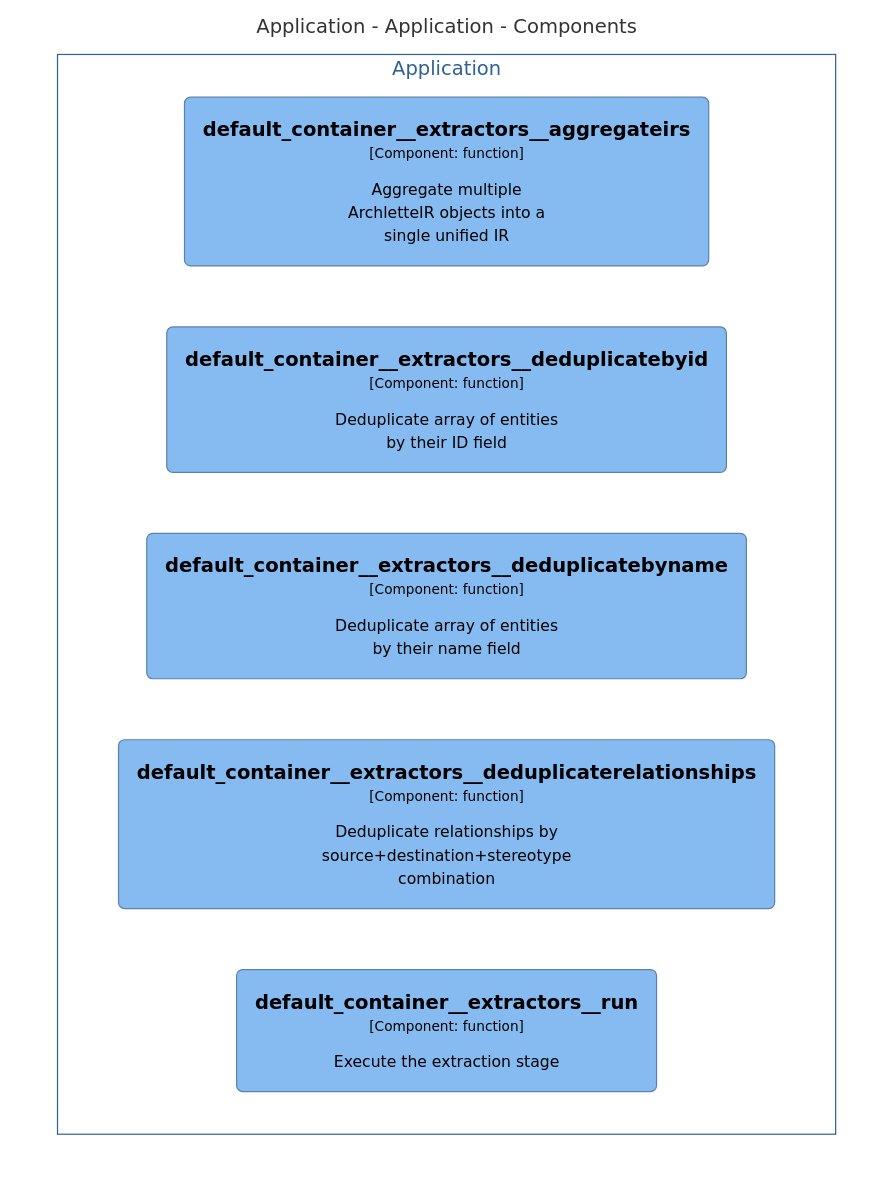
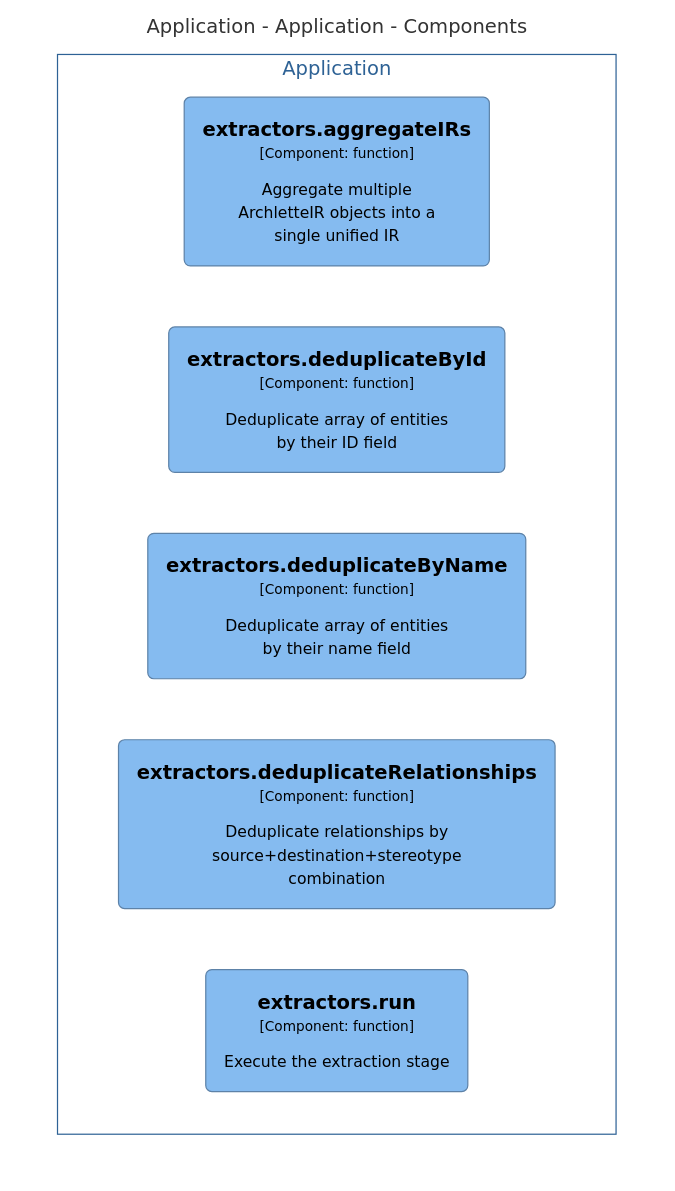
One commit to chrislyons-dev/archlette changed the diagram in docs/architecture/diagrams/mermaid/structurizr-Classes_default_container__extractors.mmd. Above: the diagram before and after it, drawn with Mermaid. The commit also changed 43 other files, not shown here.

```diff
--- a/docs/architecture/diagrams/mermaid/structurizr-Classes_default_container__extractors.mmd
+++ b/docs/architecture/diagrams/mermaid/structurizr-Classes_default_container__extractors.mmd
@@ -1,22 +1,22 @@
 graph TB
   linkStyle default fill:#ffffff
 
   subgraph diagram ["Application - Application - Components"]
     style diagram fill:#ffffff,stroke:#ffffff
 
     subgraph 8 ["Application"]
       style 8 fill:#ffffff,stroke:#2e6295,color:#2e6295
 
-      24("<div style='font-weight: bold'>default_container__extractors__aggregateirs</div><div style='font-size: 70%; margin-top: 0px'>[Component: function]</div><div style='font-size: 80%; margin-top:10px'>Aggregate multiple<br />ArchletteIR objects into a<br />single unified IR</div>")
+      24("<div style='font-weight: bold'>extractors.aggregateIRs</div><div style='font-size: 70%; margin-top: 0px'>[Component: function]</div><div style='font-size: 80%; margin-top:10px'>Aggregate multiple<br />ArchletteIR objects into a<br />single unified IR</div>")
       style 24 fill:#85bbf0,stroke:#5d82a8,color:#000000
-      25("<div style='font-weight: bold'>default_container__extractors__deduplicatebyid</div><div style='font-size: 70%; margin-top: 0px'>[Component: function]</div><div style='font-size: 80%; margin-top:10px'>Deduplicate array of entities<br />by their ID field</div>")
+      25("<div style='font-weight: bold'>extractors.deduplicateById</div><div style='font-size: 70%; margin-top: 0px'>[Component: function]</div><div style='font-size: 80%; margin-top:10px'>Deduplicate array of entities<br />by their ID field</div>")
       style 25 fill:#85bbf0,stroke:#5d82a8,color:#000000
-      26("<div style='font-weight: bold'>default_container__extractors__deduplicatebyname</div><div style='font-size: 70%; margin-top: 0px'>[Component: function]</div><div style='font-size: 80%; margin-top:10px'>Deduplicate array of entities<br />by their name field</div>")
+      26("<div style='font-weight: bold'>extractors.deduplicateByName</div><div style='font-size: 70%; margin-top: 0px'>[Component: function]</div><div style='font-size: 80%; margin-top:10px'>Deduplicate array of entities<br />by their name field</div>")
       style 26 fill:#85bbf0,stroke:#5d82a8,color:#000000
-      27("<div style='font-weight: bold'>default_container__extractors__deduplicaterelationships</div><div style='font-size: 70%; margin-top: 0px'>[Component: function]</div><div style='font-size: 80%; margin-top:10px'>Deduplicate relationships by<br />source+destination+stereotype<br />combination</div>")
+      27("<div style='font-weight: bold'>extractors.deduplicateRelationships</div><div style='font-size: 70%; margin-top: 0px'>[Component: function]</div><div style='font-size: 80%; margin-top:10px'>Deduplicate relationships by<br />source+destination+stereotype<br />combination</div>")
       style 27 fill:#85bbf0,stroke:#5d82a8,color:#000000
-      28("<div style='font-weight: bold'>default_container__extractors__run</div><div style='font-size: 70%; margin-top: 0px'>[Component: function]</div><div style='font-size: 80%; margin-top:10px'>Execute the extraction stage</div>")
+      28("<div style='font-weight: bold'>extractors.run</div><div style='font-size: 70%; margin-top: 0px'>[Component: function]</div><div style='font-size: 80%; margin-top:10px'>Execute the extraction stage</div>")
       style 28 fill:#85bbf0,stroke:#5d82a8,color:#000000
     end
 
   end
```
